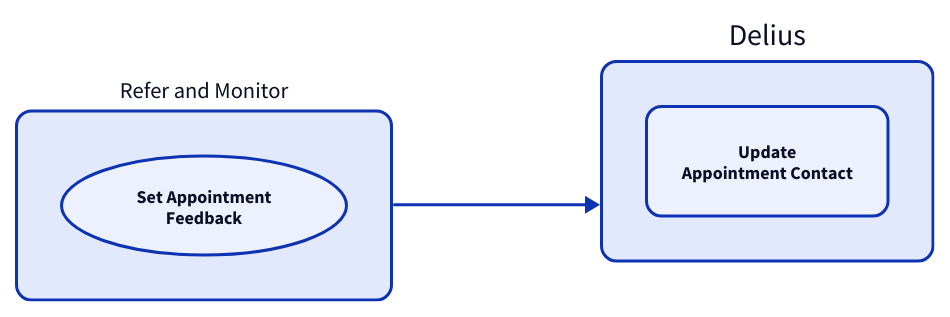
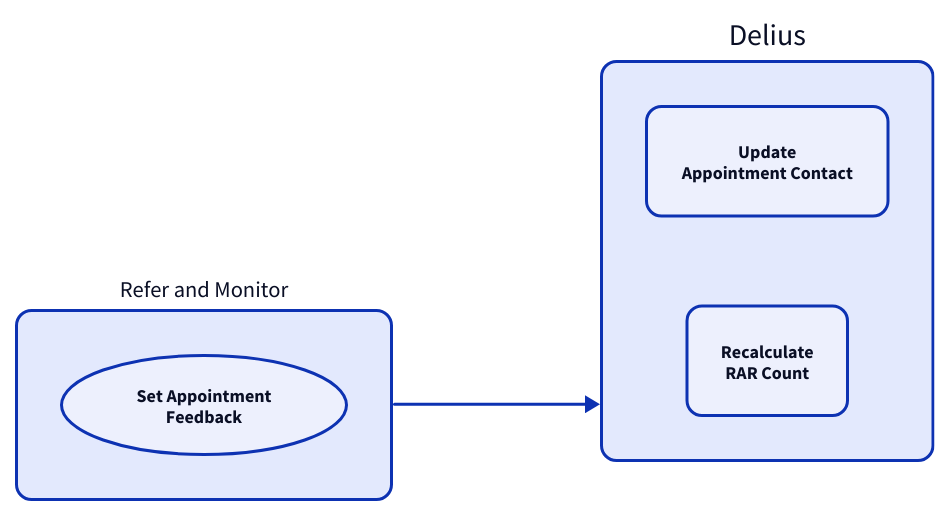
One commit to ministryofjustice/hmpps-probation-integration-services changed the diagram in projects/refer-and-monitor-and-delius/tech-docs/diag/randm-and-delius-workflow-appointment-feedback.d2. Above: the diagram before and after it, drawn with D2. The commit also changed 10 other files, not shown here.

First line of the commit message:
PI-2174 Recalculate RAR count for inactive requirements

```diff
--- a/projects/refer-and-monitor-and-delius/tech-docs/diag/randm-and-delius-workflow-appointment-feedback.d2
+++ b/projects/refer-and-monitor-and-delius/tech-docs/diag/randm-and-delius-workflow-appointment-feedback.d2
@@ -1,31 +1,33 @@
 # Refer and Monitor Workflow: Set Appointment Feedback
 
 direction: right
 
 style {
   fill: "#ffffff"
 }
 
 # What triggers the workflow?
 refer_and_monitor: Refer and Monitor  {
      style.font-size: 15
      update_randm: Set Appointment\nFeedback {
          shape: oval
      }
 }
 
 # What happens in Delius?
 delius: Delius {
     style {
         font-size: 20
     }
 
     d_update_contact: Update\nAppointment Contact
+
+    d_update_nsi: Recalculate\nRAR Count
 }
 
 refer_and_monitor -> delius
 
 *.style.border-radius: 10
 *.*.style.border-radius: 10
 *.*.style.stroke-width: 2
 *.*.style.font-size: 12
```
